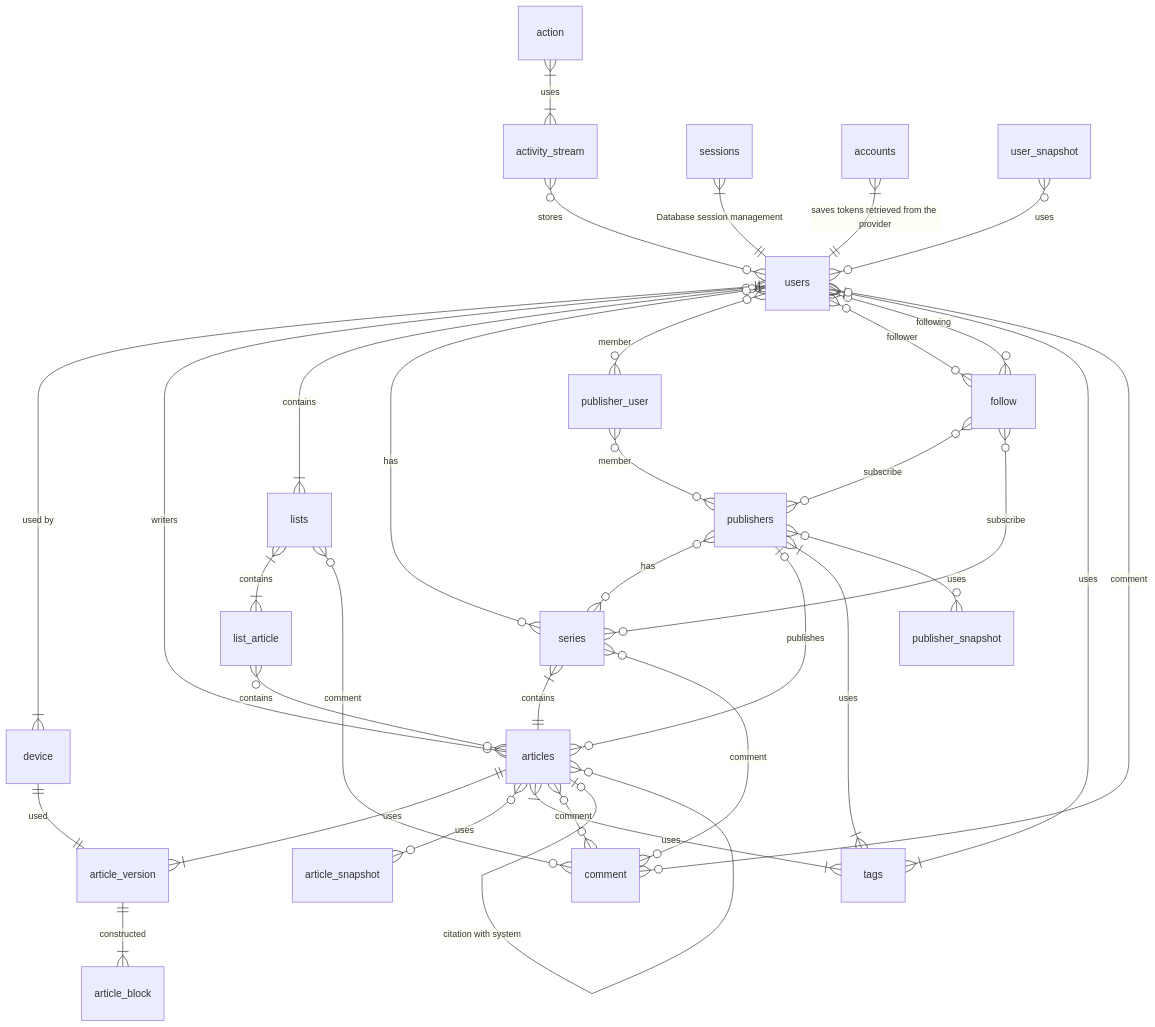
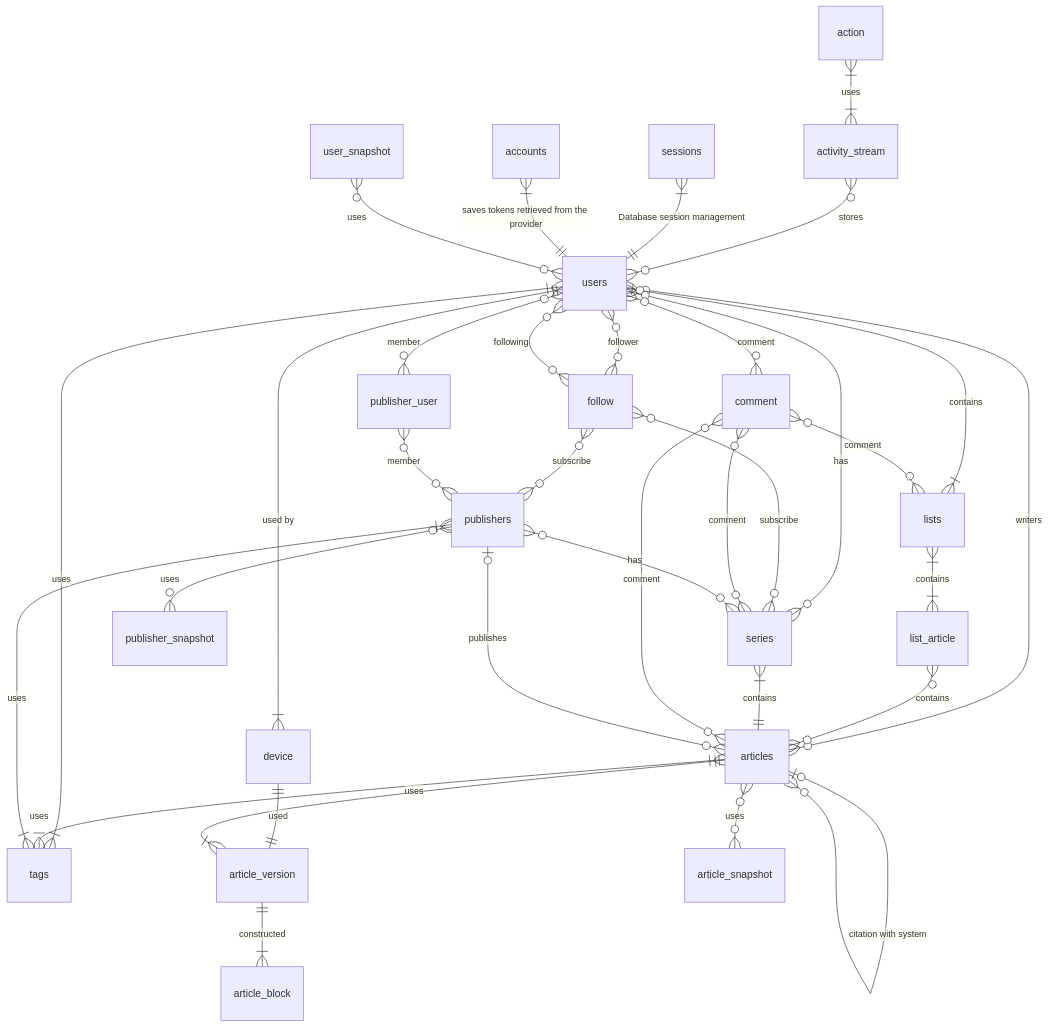
Before and after one commit to 4ry1337/my-obsidian: the third of 9 diagrams in Capstone/Diagrams.md, drawn with Mermaid.

Commit message:
vault backup: 2024-01-19 11:02:46

````diff
--- a/Capstone/Diagrams.md
+++ b/Capstone/Diagrams.md
@@ -175,43 +175,46 @@
 ```mermaid
 erDiagram
 action }|--|{ activity_stream: uses
 activity_stream }o--o{ users: stores
 sessions }|--|| users : "Database session management"
 accounts }|--|| users : "saves tokens retrieved from the provider"
 user_snapshot }o--o{ users : uses
 
 users ||--|{ device: "used by"
 users }o--o{ articles : writers
 users |o--|{ lists : contains
 users }o--o{ series: has
 users }o--o{ publisher_user : member
 users }o--o{ follow : follower
 users }o--o{ follow : following
 users }|--|{ tags : uses
 users }o--o{ comment : comment
 
-publisher_user }o--o{ publishers : member
-follow }o--o{ publishers : subscribe
-publishers }o--o{ series: has
-publishers |o--o{ articles : publishes
-publishers }|--|{ tags : uses
-publishers }o--o{ publisher_snapshot: uses
-
-lists }|--|{ list_article: contains
-lists }o--o{ comment : comment
-
-follow }o--o{ series : subscribe
-series }|--|| articles : contains
-series }o--o{ comment : comment
-
-list_article }o--o{ articles: contains
 device ||--|| article_version: used
 
 articles ||--|{ article_version : uses
 articles }o--o{ article_snapshot: uses 
 articles }|--|{ tags : uses
-articles }o--o{ comment : comment
 articles |o--o{ articles : "citation with system"
 
+lists }|--|{ list_article: contains
+list_article }o--o{ articles: contains
+
+series }|--|| articles : contains
+
+follow }o--o{ publishers : subscribe
+publisher_user }o--o{ publishers : member
+
+follow }o--o{ series : subscribe
+
+comment }o--o{ lists : comment
+comment }o--o{ series : comment
+comment }o--o{ articles : comment
+
 article_version ||--|{ article_block : constructed
+
+publishers }o--o{ series: has
+publishers |o--o{ articles : publishes
+publishers }o--o{ publisher_snapshot: uses
+publishers }|--|{ tags : uses
 ```
````
